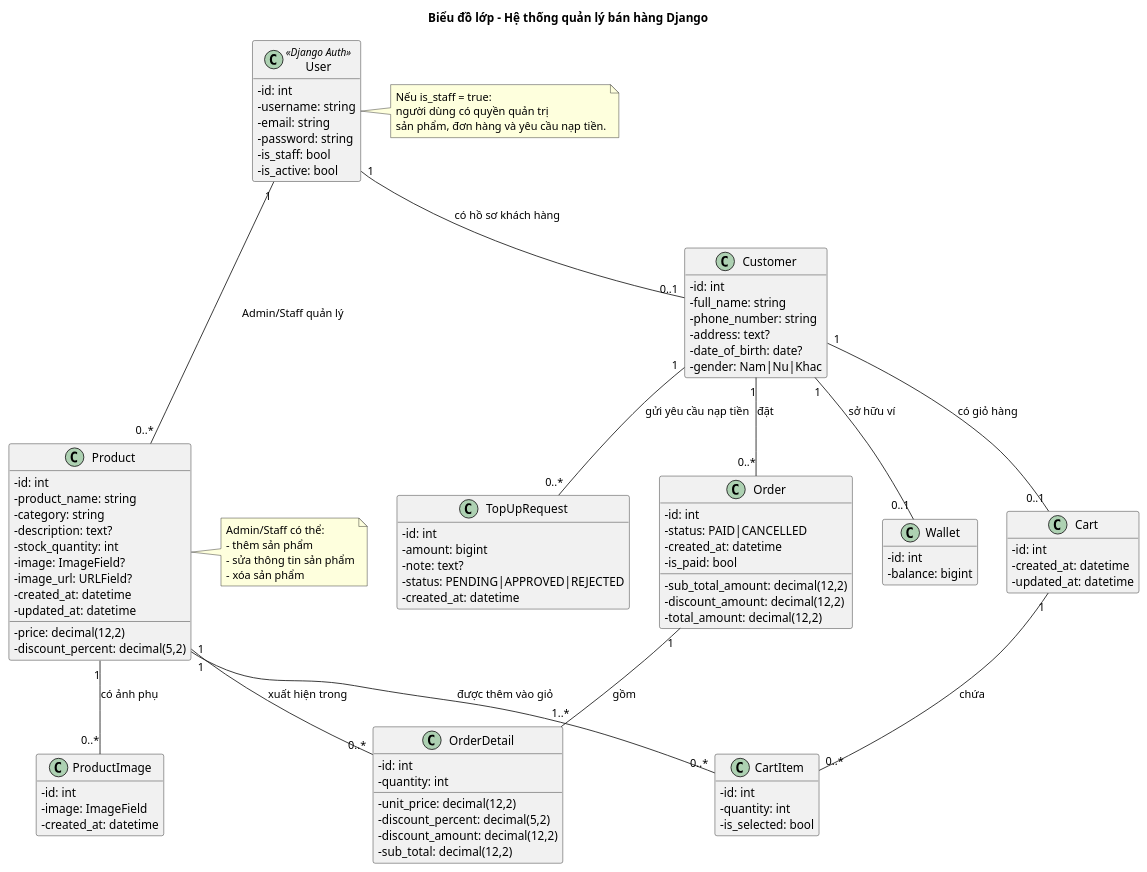
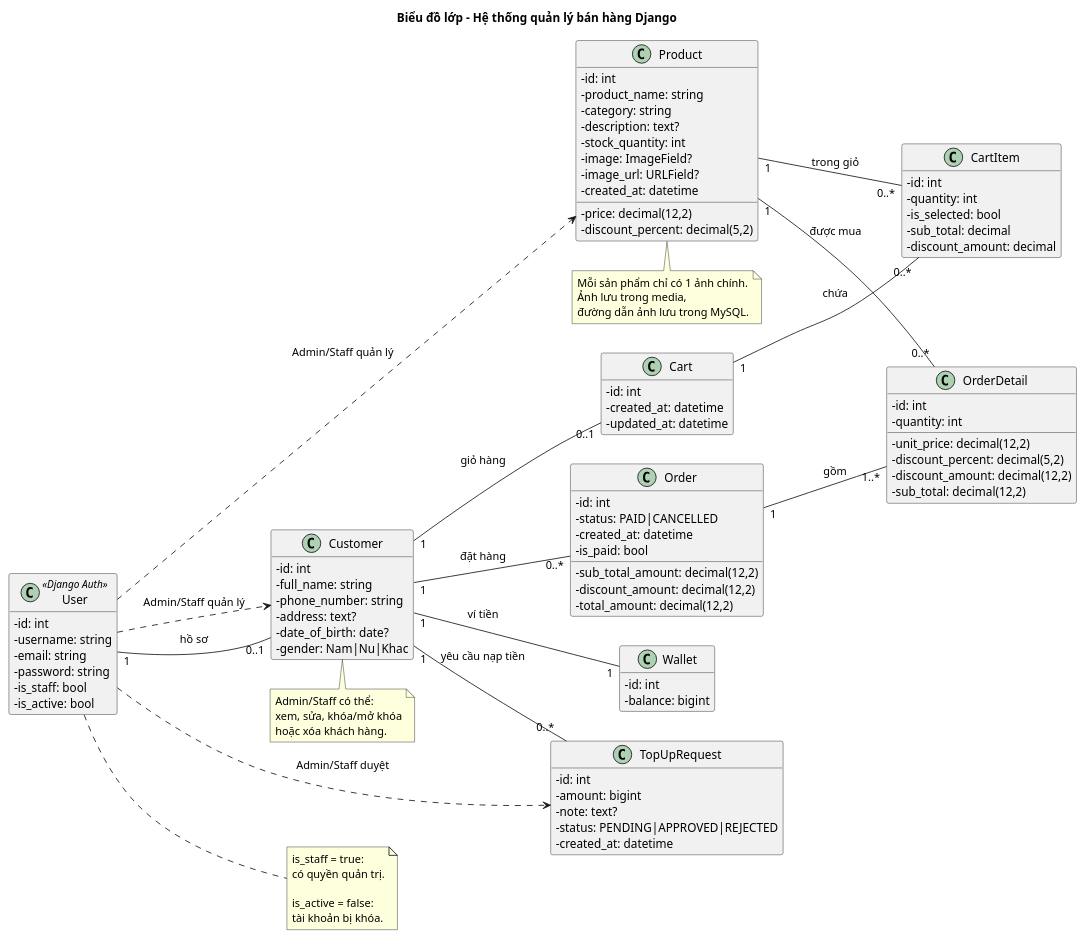
Before and after one commit to ducAnhNotEm/Quan_ly_ban_hang: the diagram in UML/class_diagram.puml, drawn with PlantUML. The commit also changed 7 other files, not shown here.

Commit message:
Simplify product image: remove ProductImage model and gallery functionality

```diff
--- a/UML/class_diagram.puml
+++ b/UML/class_diagram.puml
@@ -1,117 +1,136 @@
 @startuml
 title Biểu đồ lớp - Hệ thống quản lý bán hàng Django
 
 skinparam classAttributeIconSize 0
 hide empty members
+left to right direction
 
 class User <<Django Auth>> {
   - id: int
   - username: string
   - email: string
   - password: string
   - is_staff: bool
   - is_active: bool
 }
 
 class Customer {
   - id: int
   - full_name: string
   - phone_number: string
   - address: text?
   - date_of_birth: date?
   - gender: Nam|Nu|Khac
 }
 
 class Wallet {
   - id: int
   - balance: bigint
 }
 
 class TopUpRequest {
   - id: int
   - amount: bigint
   - note: text?
   - status: PENDING|APPROVED|REJECTED
   - created_at: datetime
 }
 
 class Product {
   - id: int
   - product_name: string
   - category: string
   - description: text?
   - price: decimal(12,2)
   - discount_percent: decimal(5,2)
   - stock_quantity: int
   - image: ImageField?
   - image_url: URLField?
   - created_at: datetime
-  - updated_at: datetime
-}
-
-class ProductImage {
-  - id: int
-  - image: ImageField
-  - created_at: datetime
 }
 
 class Cart {
   - id: int
   - created_at: datetime
   - updated_at: datetime
 }
 
 class CartItem {
   - id: int
   - quantity: int
   - is_selected: bool
+  - sub_total: decimal
+  - discount_amount: decimal
 }
 
 class Order {
   - id: int
   - sub_total_amount: decimal(12,2)
   - discount_amount: decimal(12,2)
   - total_amount: decimal(12,2)
   - status: PAID|CANCELLED
   - created_at: datetime
   - is_paid: bool
 }
 
 class OrderDetail {
   - id: int
   - quantity: int
   - unit_price: decimal(12,2)
   - discount_percent: decimal(5,2)
   - discount_amount: decimal(12,2)
   - sub_total: decimal(12,2)
 }
 
-User "1" -- "0..1" Customer : có hồ sơ khách hàng
-Customer "1" -- "0..1" Wallet : sở hữu ví
-Customer "1" -- "0..*" TopUpRequest : gửi yêu cầu nạp tiền
-Customer "1" -- "0..1" Cart : có giỏ hàng
+' =====================
+' Nhóm tài khoản - khách hàng
+' =====================
 
+User "1" -- "0..1" Customer : hồ sơ
+Customer "1" -- "1" Wallet : ví tiền
+Customer "1" -- "0..*" TopUpRequest : yêu cầu nạp tiền
+
+' =====================
+' Nhóm giỏ hàng
+' =====================
+
+Customer "1" -- "0..1" Cart : giỏ hàng
 Cart "1" -- "0..*" CartItem : chứa
-Product "1" -- "0..*" CartItem : được thêm vào giỏ
+Product "1" -- "0..*" CartItem : trong giỏ
 
-Customer "1" -- "0..*" Order : đặt
+' =====================
+' Nhóm đơn hàng
+' =====================
+
+Customer "1" -- "0..*" Order : đặt hàng
 Order "1" -- "1..*" OrderDetail : gồm
-Product "1" -- "0..*" OrderDetail : xuất hiện trong
+Product "1" -- "0..*" OrderDetail : được mua
 
-Product "1" -- "0..*" ProductImage : có ảnh phụ
+' =====================
+' Quyền quản trị
+' =====================
 
-User "1" -- "0..*" Product : Admin/Staff quản lý
+User ..> Product : Admin/Staff quản lý
+User ..> Customer : Admin/Staff quản lý
+User ..> TopUpRequest : Admin/Staff duyệt
 
 note right of User
-  Nếu is_staff = true:
-  người dùng có quyền quản trị
-  sản phẩm, đơn hàng và yêu cầu nạp tiền.
+  is_staff = true:
+  có quyền quản trị.
+
+  is_active = false:
+  tài khoản bị khóa.
 end note
 
-note right of Product
+note bottom of Product
+  Mỗi sản phẩm chỉ có 1 ảnh chính.
+  Ảnh lưu trong media,
+  đường dẫn ảnh lưu trong MySQL.
+end note
+
+note bottom of Customer
   Admin/Staff có thể:
-  - thêm sản phẩm
-  - sửa thông tin sản phẩm
-  - xóa sản phẩm
+  xem, sửa, khóa/mở khóa
+  hoặc xóa khách hàng.
 end note
 @enduml
```
